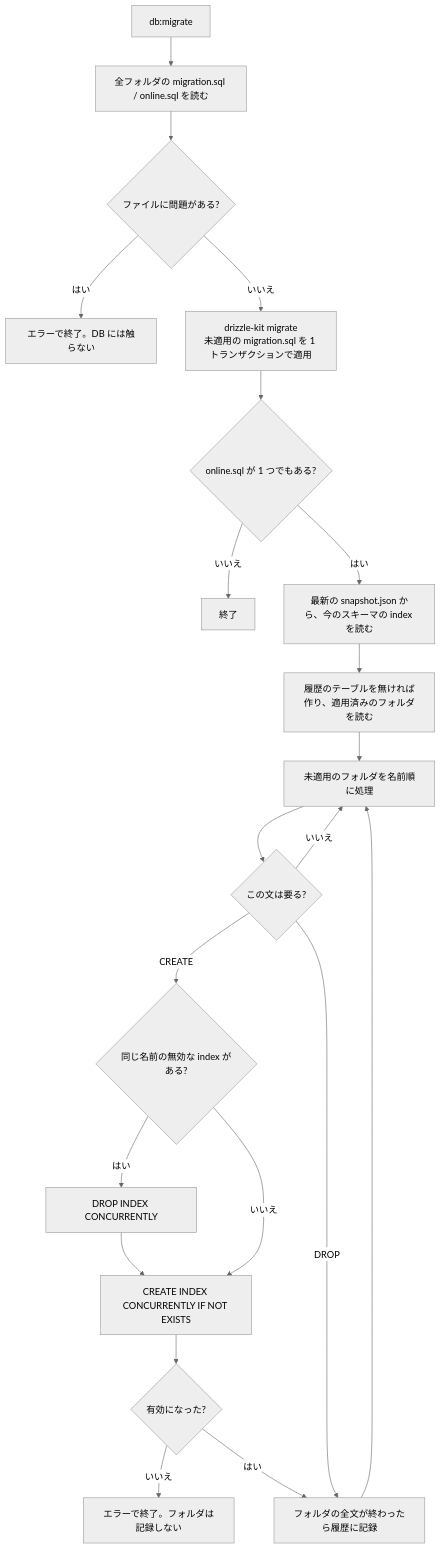
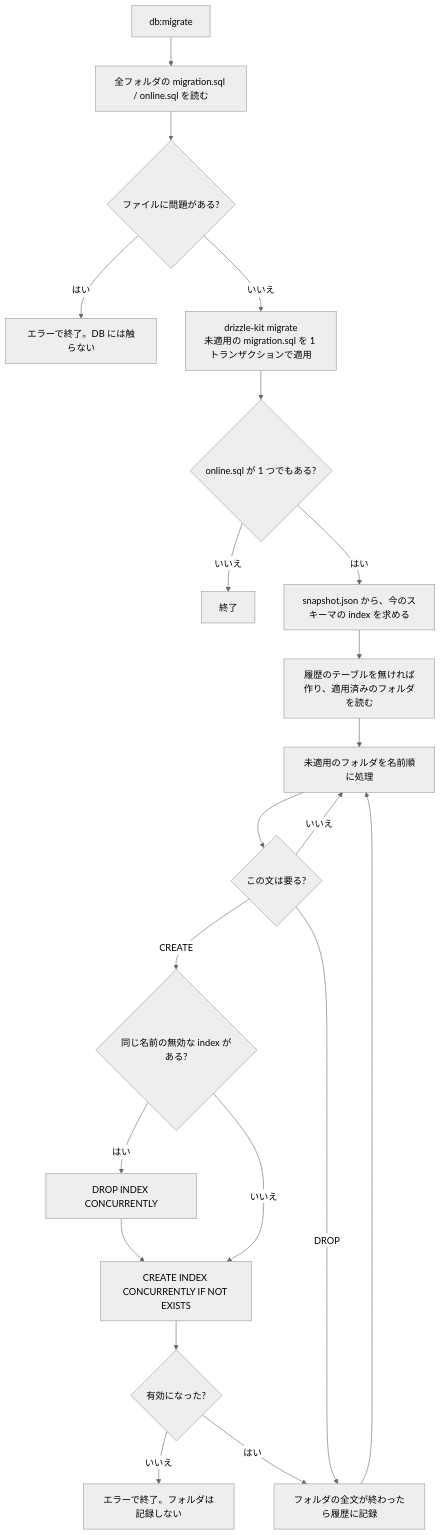
The diagram in docs/kentakki416/tasks/nonblocking-migration/tasks/step1-db-online-index.md (kentakki416/project-template), drawn with Mermaid (neutral theme) before and after one commit. The commit also changed other lines of this file and 1 other file, not shown here.

Commit message:
docs(nonblocking-migration): セルフレビューで直した実装（DROP INDEX の扱い・snapshot からの index の求め方）を設計書と step1 に反映する

````diff
--- a/docs/kentakki416/tasks/nonblocking-migration/tasks/step1-db-online-index.md
+++ b/docs/kentakki416/tasks/nonblocking-migration/tasks/step1-db-online-index.md
@@ -42,23 +42,23 @@
 ```mermaid
 flowchart TD
     A[db:migrate] --> B[全フォルダの migration.sql / online.sql を読む]
     B --> C{ファイルに問題がある?}
     C -->|はい| X[エラーで終了。DB には触らない]
     C -->|いいえ| D[drizzle-kit migrate<br/>未適用の migration.sql を 1 トランザクションで適用]
     D --> E{online.sql が 1 つでもある?}
     E -->|いいえ| Z[終了]
-    E -->|はい| F[最新の snapshot.json から、今のスキーマの index を読む]
+    E -->|はい| F[snapshot.json から、今のスキーマの index を求める]
     F --> G[履歴のテーブルを無ければ作り、適用済みのフォルダを読む]
     G --> H[未適用のフォルダを名前順に処理]
     H --> I{この文は要る?}
     I -->|いいえ| H
     I -->|CREATE| J{同じ名前の無効な index がある?}
     J -->|はい| K[DROP INDEX CONCURRENTLY]
     K --> L
     J -->|いいえ| L[CREATE INDEX CONCURRENTLY IF NOT EXISTS]
     L --> M{有効になった?}
     M -->|いいえ| Y[エラーで終了。フォルダは記録しない]
     M -->|はい| N
     I -->|DROP| N[フォルダの全文が終わったら履歴に記録]
     N --> H
 ```
````
